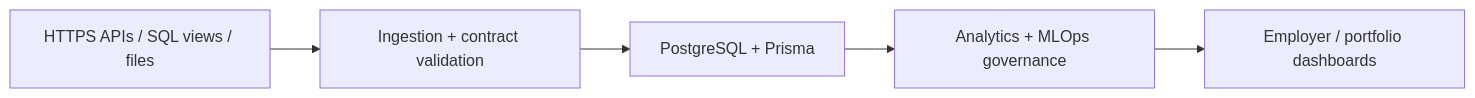
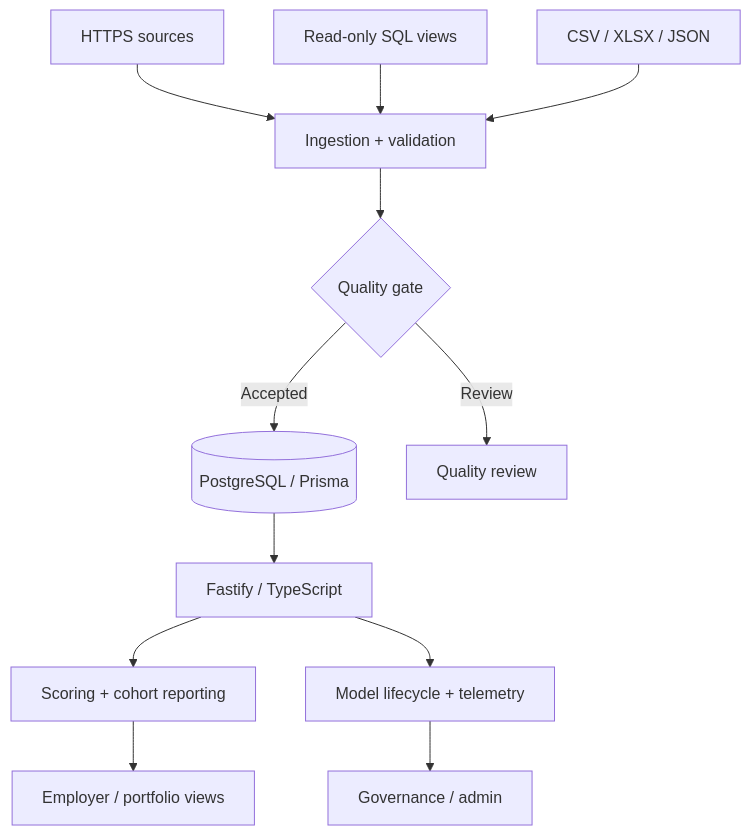
The diagram in docs/PORTFOLIO_SHOWCASE.md (CayelaemJ/NewChanges), drawn with Mermaid before and after one commit. The commit also changed other lines of this file, not shown here.

Commit message:
docs: write repository-grounded technical showcase and diagrams

````diff
--- a/docs/PORTFOLIO_SHOWCASE.md
+++ b/docs/PORTFOLIO_SHOWCASE.md
@@ -15,12 +9,14 @@
 ```mermaid
-flowchart LR
-  N0["HTTPS APIs / SQL views / files"]
-  N1["Ingestion + contract validation"]
-  N2["PostgreSQL + Prisma"]
-  N3["Analytics + MLOps governance"]
-  N4["Employer / portfolio dashboards"]
-  N0 --> N1
-  N1 --> N2
-  N2 --> N3
-  N3 --> N4
+flowchart TB
+ API["HTTPS sources"] --> Ingest["Ingestion + validation"]
+ SQL["Read-only SQL views"] --> Ingest
+ Files["CSV / XLSX / JSON"] --> Ingest
+ Ingest --> Gate{"Quality gate"}
+ Gate -->|Accepted| DB[("PostgreSQL / Prisma")]
+ Gate -->|Review| Quarantine["Quality review"]
+ DB --> Server["Fastify / TypeScript"]
+ Server --> Analytics["Scoring + cohort reporting"]
+ Server --> MLOps["Model lifecycle + telemetry"]
+ Analytics --> Dashboard["Employer / portfolio views"]
+ MLOps --> Admin["Governance / admin"]
 ```
````
